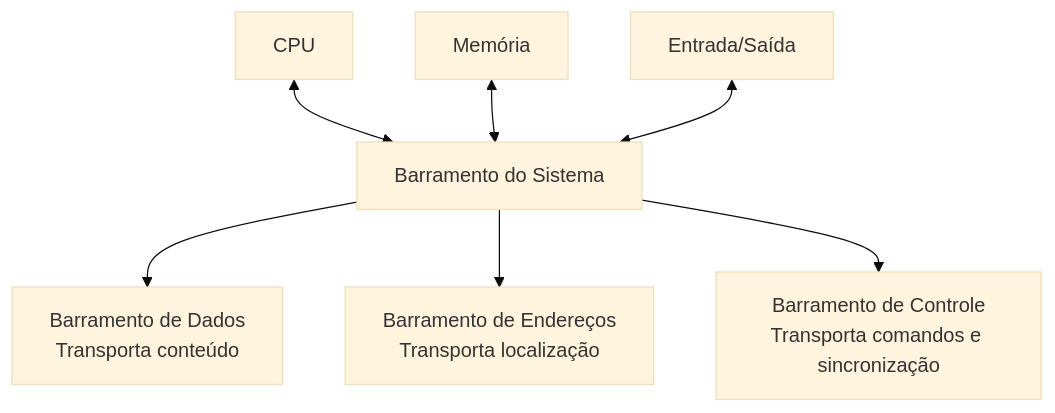
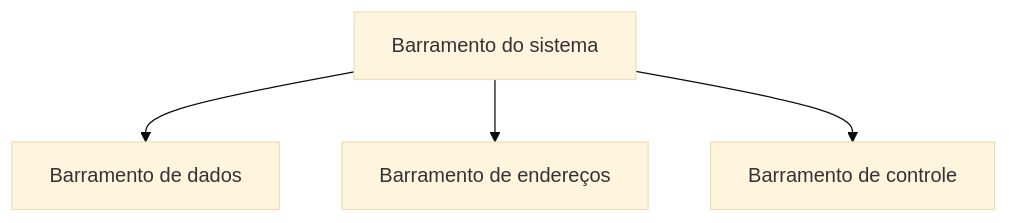
Before and after one commit to matheus046z/CompSci-UCB: the sixth of 9 diagrams in content/MOD 2/SISCOMP/02 Unidades/Unidade 1/Leitura 1.2/Resumos/SISCOMP-1.2-Resumo.md, drawn with Mermaid (base theme). The commit also changed other lines of this file, not shown here.

````diff
--- a/content/MOD 2/SISCOMP/02 Unidades/Unidade 1/Leitura 1.2/Resumos/SISCOMP-1.2-Resumo.md
+++ b/content/MOD 2/SISCOMP/02 Unidades/Unidade 1/Leitura 1.2/Resumos/SISCOMP-1.2-Resumo.md
@@ -336,19 +260,11 @@
 ```mermaid
 flowchart TB
-    BUS[Barramento do Sistema]
-    DATA[Barramento de Dados<br>Transporta conteúdo]
-    ADDR[Barramento de Endereços<br>Transporta localização]
-    CTRL[Barramento de Controle<br>Transporta comandos e sincronização]
+    BUS[Barramento do sistema]
+    DADOS[Barramento de dados]
+    END[Barramento de endereços]
+    CTRL[Barramento de controle]
 
-    CPU[CPU]
-    MEM[Memória]
-    IO[Entrada/Saída]
-
-    BUS --> DATA
-    BUS --> ADDR
+    BUS --> DADOS
+    BUS --> END
     BUS --> CTRL
-
-    CPU <--> BUS
-    MEM <--> BUS
-    IO <--> BUS
 ```
````
